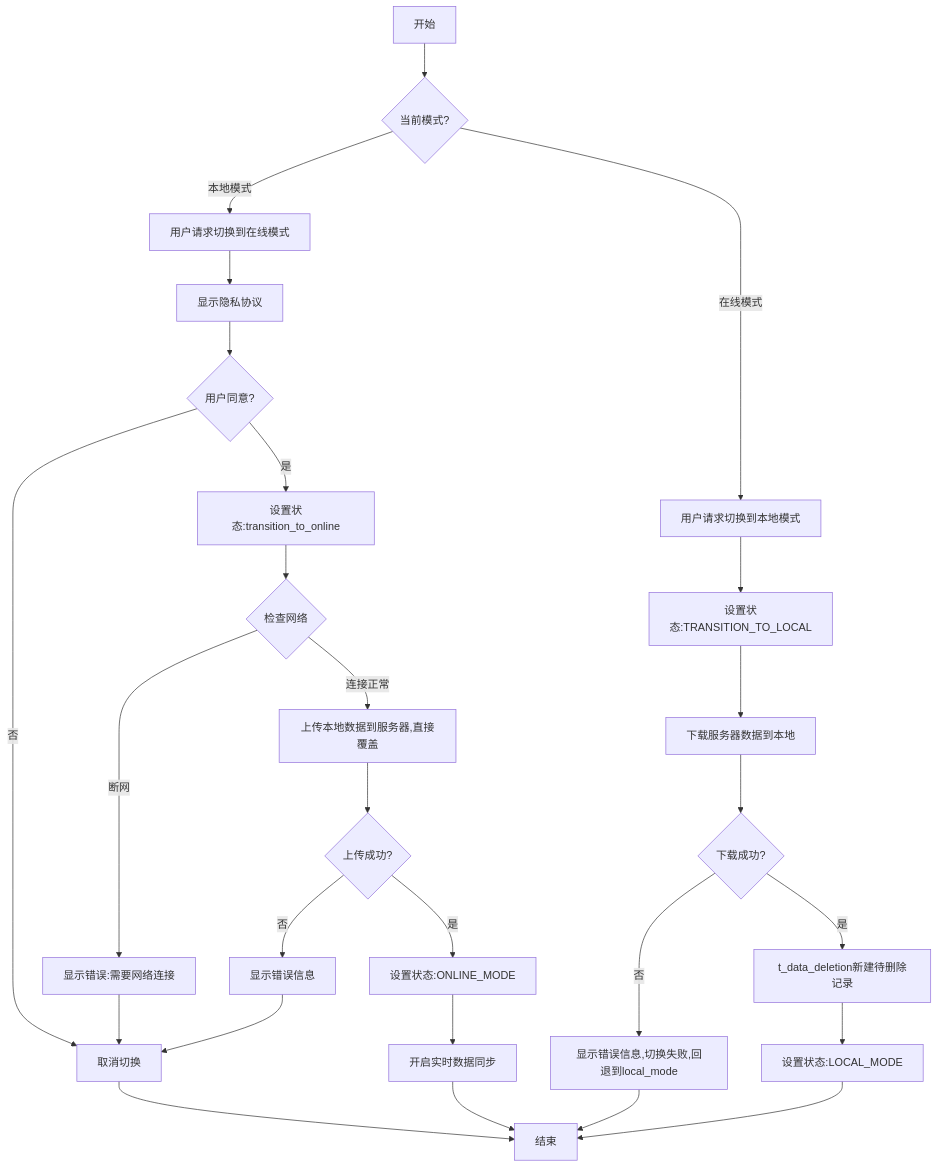
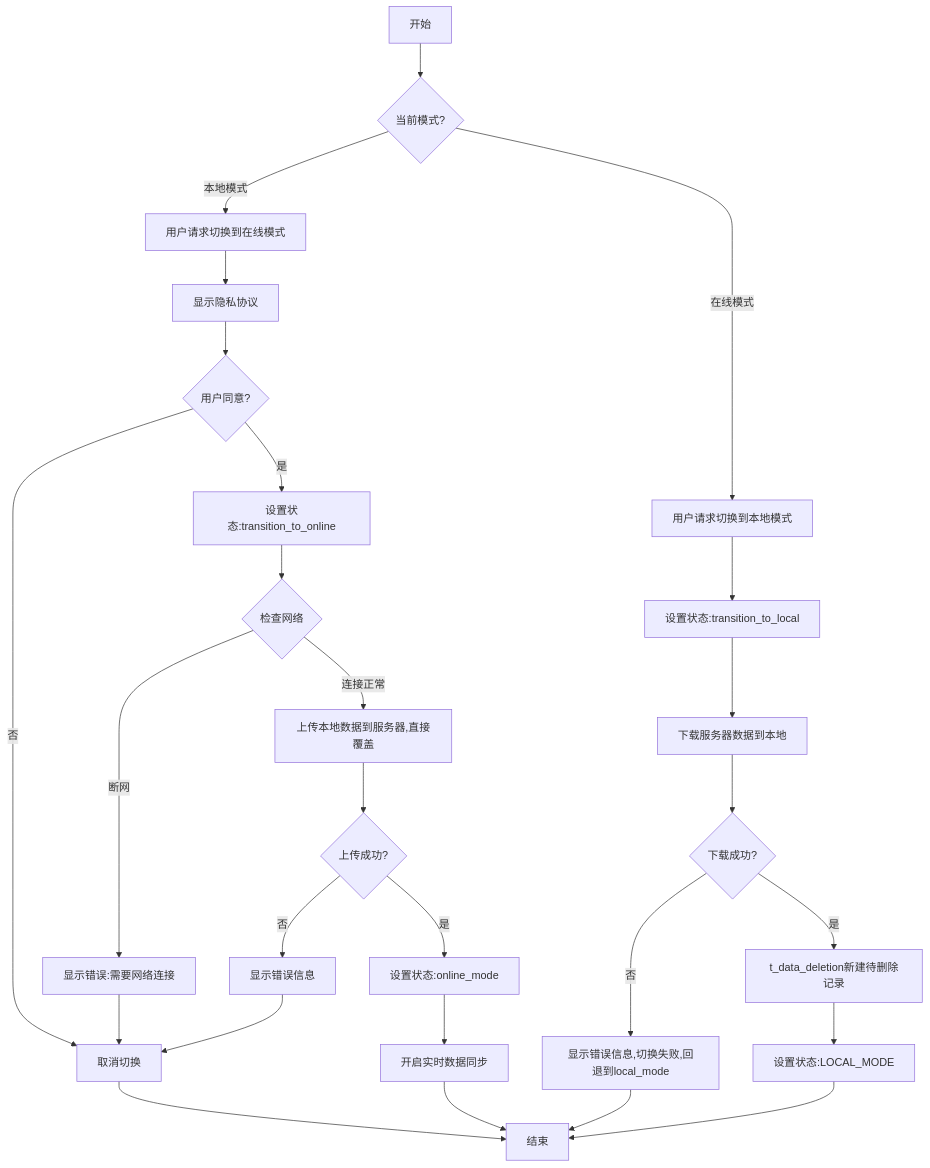
One commit to yingjianzh/iodraw-files changed the diagram in all/未命名-50.md. Above: the diagram before and after it, drawn with Mermaid.

Commit message:
2025-05-08 16:16:15 update

````diff
--- a/all/未命名-50.md
+++ b/all/未命名-50.md
@@ -1,34 +1,34 @@
 ```mermaid
 
 flowchart TD
     A[开始] --> B{当前模式?}
     
     B -->|本地模式| C[用户请求切换到在线模式]
     C --> F[显示隐私协议]
     F --> G{用户同意?}
     G -->|否| H[取消切换]
     H --> Z[结束]
     G -->|是| I[设置状态:transition_to_online]
     I --> J{检查网络}
     J -->|断网| K[显示错误:需要网络连接]
     K --> H
     J -->|连接正常| O[上传本地数据到服务器,直接覆盖]
     O --> P{上传成功?}
     P -->|否| Q[显示错误信息]
     Q --> H
-    P -->|是| R[设置状态:ONLINE_MODE]
+    P -->|是| R[设置状态:online_mode]
     R --> S[开启实时数据同步]
     S --> Z
     
     B -->|在线模式| T[用户请求切换到本地模式]
-    T --> U[设置状态:TRANSITION_TO_LOCAL]
+    T --> U[设置状态:transition_to_local]
     U --> X[下载服务器数据到本地]
     X --> Y{下载成功?}
     Y -->|否| AA2[显示错误信息,切换失败,回退到local_mode]
     AA2 --> Z
     Y -->|是| AB2[t_data_deletion新建待删除记录]
 
     AB2 -->AE[设置状态:LOCAL_MODE]
     AE --> Z
 
 ```
````
